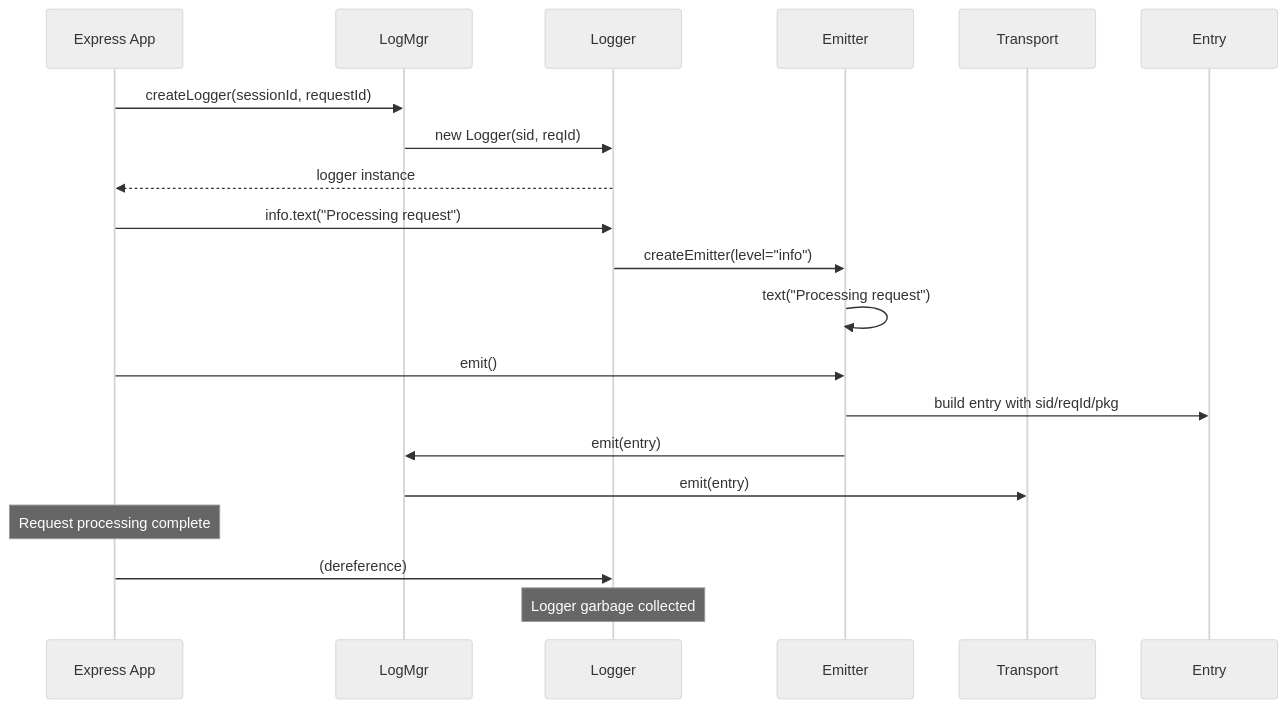
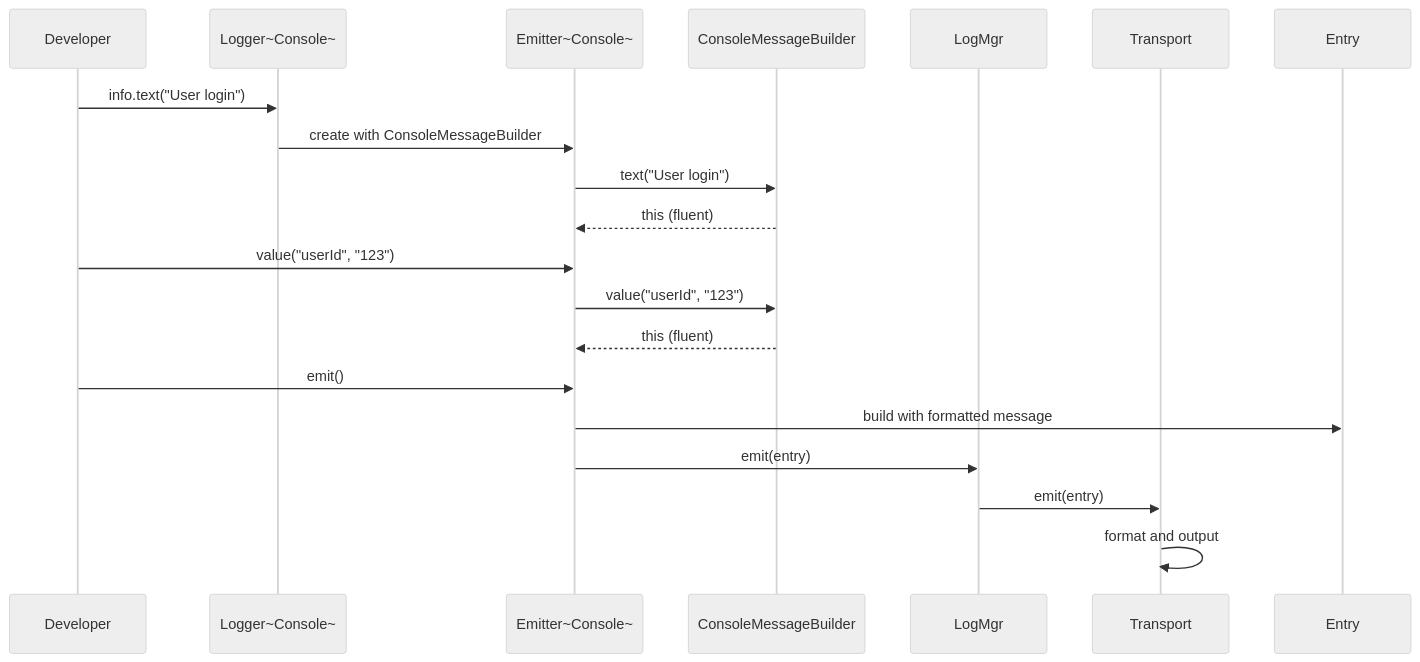
The second of 2 diagrams in LOGGER_SPECIFICATION.md (epdoc/logger), drawn with Mermaid (neutral theme) before and after one commit. The commit also changed other lines of this file, not shown here.

First line of the commit message:
docs: rewrite specification with proper architectural analysis

````diff
--- a/LOGGER_SPECIFICATION.md
+++ b/LOGGER_SPECIFICATION.md
@@ -84,25 +166,24 @@
 ```mermaid
 sequenceDiagram
-    participant App as Express App
+    participant Dev as Developer
+    participant Logger as Logger~Console~
+    participant Emitter as Emitter~Console~
+    participant MsgBuilder as ConsoleMessageBuilder
     participant LogMgr as LogMgr
-    participant Logger as Logger
-    participant Emitter as Emitter
     participant Transport as Transport
     
-    App->>LogMgr: createLogger(sessionId, requestId)
-    LogMgr->>Logger: new Logger(sid, reqId)
-    Logger-->>App: logger instance
+    Dev->>Logger: info.text("User login")
+    Logger->>Emitter: create with ConsoleMessageBuilder
+    Emitter->>MsgBuilder: text("User login")
+    MsgBuilder-->>Emitter: this (fluent)
     
-    App->>Logger: info.text("Processing request")
-    Logger->>Emitter: createEmitter(level="info")
-    Emitter->>Emitter: text("Processing request")
-    App->>Emitter: emit()
+    Dev->>Emitter: value("userId", "123")
+    Emitter->>MsgBuilder: value("userId", "123")
+    MsgBuilder-->>Emitter: this (fluent)
     
-    Emitter->>Entry: build entry with sid/reqId/pkg
+    Dev->>Emitter: emit()
+    Emitter->>Entry: build with formatted message
     Emitter->>LogMgr: emit(entry)
     LogMgr->>Transport: emit(entry)
-    
-    Note over App: Request processing complete
-    App->>Logger: (dereference)
-    Note over Logger: Logger garbage collected
+    Transport->>Transport: format and output
 ```
````
